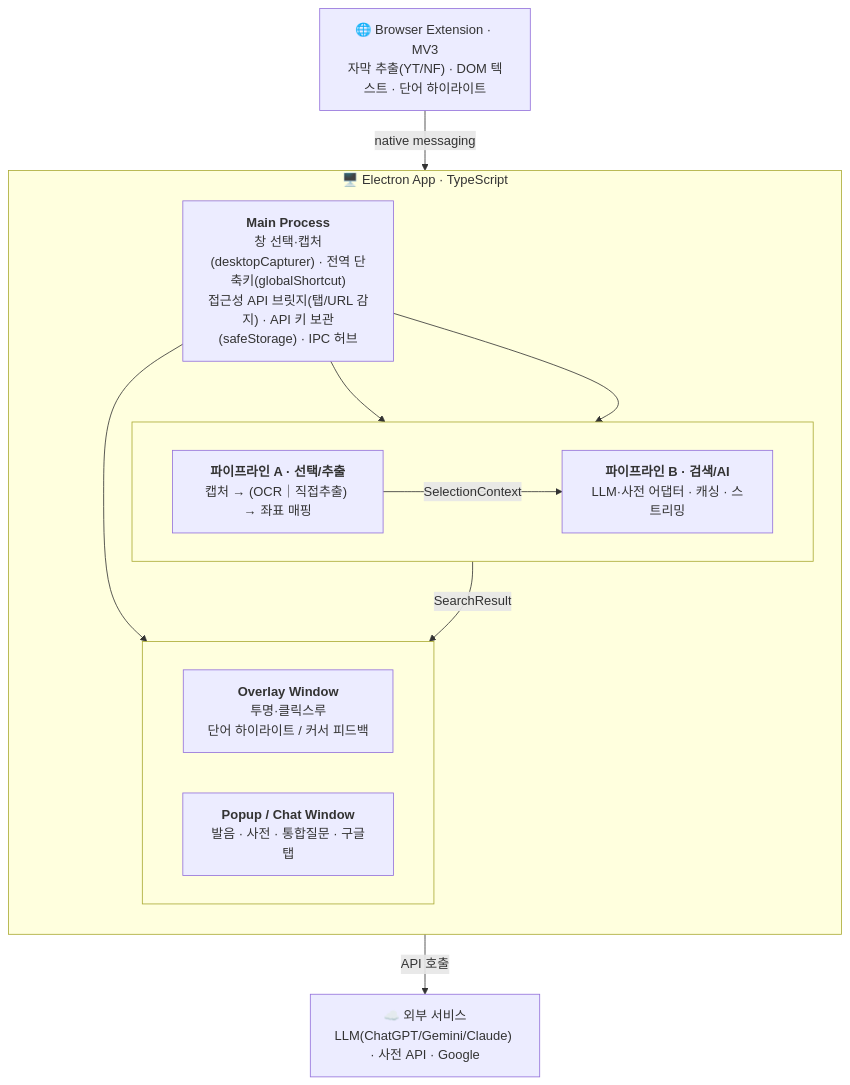
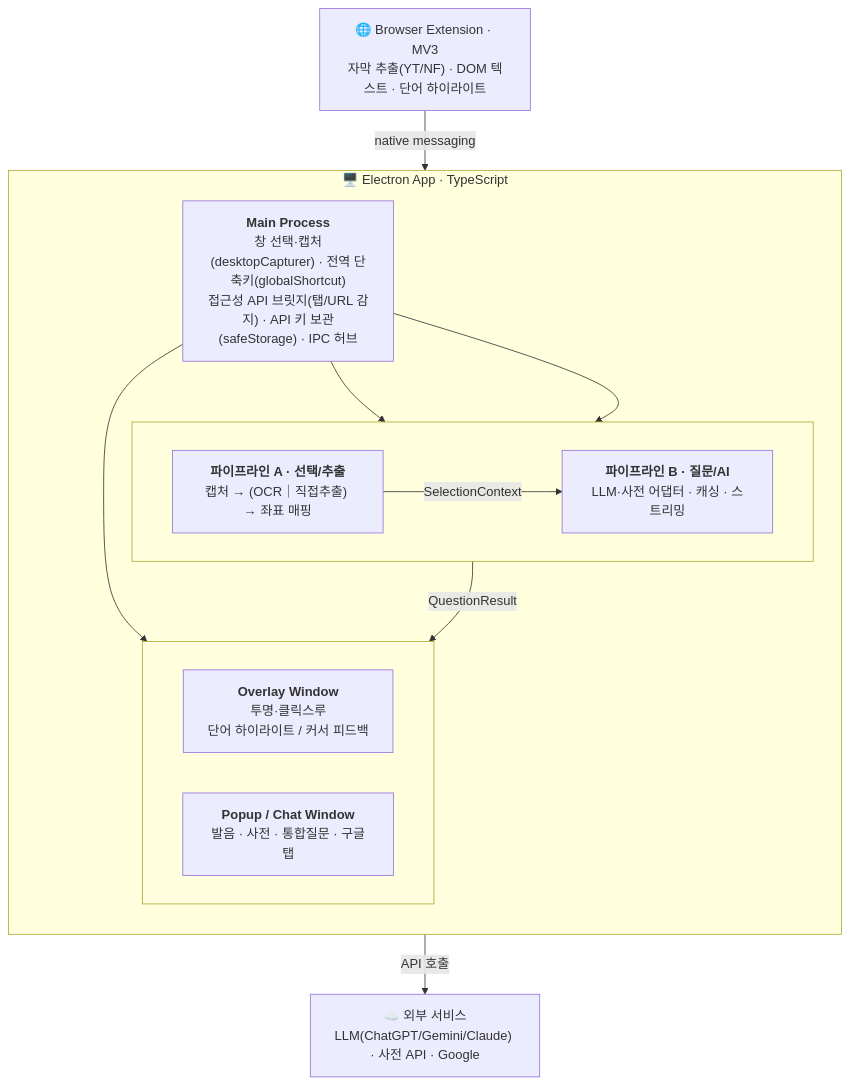
Before and after one commit to madcamp-official/JoJo: the diagram in PLAN.md, drawn with Mermaid. The commit also changed other lines of this file and 1 other file, not shown here.

First line of the commit message:
docs: '검색' 파이프라인/파트를 '질문'으로 리네임

````diff
--- a/PLAN.md
+++ b/PLAN.md
@@ -124,31 +124,31 @@
 ```mermaid
 flowchart TB
     EXT["🌐 Browser Extension · MV3<br/>자막 추출(YT/NF) · DOM 텍스트 · 단어 하이라이트"]
 
     subgraph APP["🖥️ Electron App · TypeScript"]
         direction TB
         MAIN["<b>Main Process</b><br/>창 선택·캡처(desktopCapturer) · 전역 단축키(globalShortcut)<br/>접근성 API 브릿지(탭/URL 감지) · API 키 보관(safeStorage) · IPC 허브"]
 
         subgraph PIPE[" "]
             direction LR
             PA["<b>파이프라인 A · 선택/추출</b><br/>캡처 → (OCR｜직접추출) → 좌표 매핑"]
-            PB["<b>파이프라인 B · 검색/AI</b><br/>LLM·사전 어댑터 · 캐싱 · 스트리밍"]
+            PB["<b>파이프라인 B · 질문/AI</b><br/>LLM·사전 어댑터 · 캐싱 · 스트리밍"]
         end
 
         subgraph WINS[" "]
             direction LR
             OVL["<b>Overlay Window</b><br/>투명·클릭스루<br/>단어 하이라이트 / 커서 피드백"]
             POP["<b>Popup / Chat Window</b><br/>발음 · 사전 · 통합질문 · 구글탭"]
         end
     end
 
     SVC["☁️ 외부 서비스<br/>LLM(ChatGPT/Gemini/Claude) · 사전 API · Google"]
 
     EXT -- "native messaging" --> MAIN
     MAIN --> PA
     MAIN --> PB
     MAIN --> OVL
     PA -- "SelectionContext" --> PB
-    PB -- "SearchResult" --> POP
+    PB -- "QuestionResult" --> POP
     PB -- "API 호출" --> SVC
 ```
````
